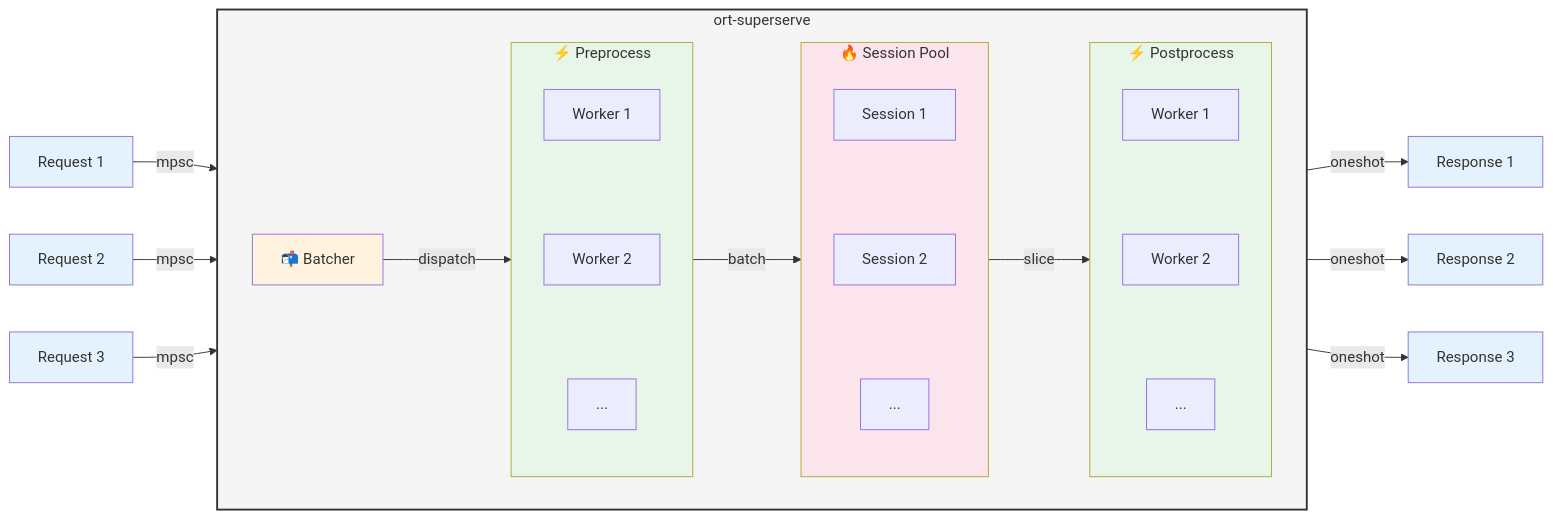
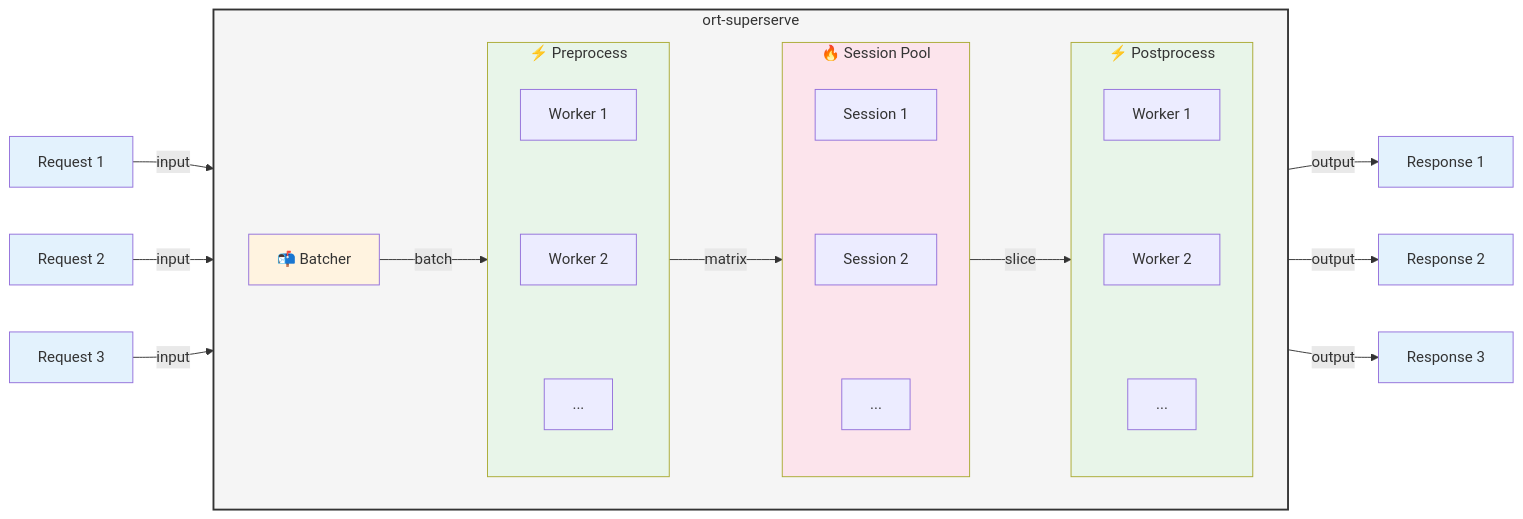
Before and after one commit to JiraPit/ort-superserve: the diagram in diagrams/flow.mmd, drawn with Mermaid. The commit also changed 1 other file, not shown here.

```diff
--- a/diagrams/flow.mmd
+++ b/diagrams/flow.mmd
@@ -1,49 +1,49 @@
 flowchart LR
-    R1["Request 1"] -->|"mpsc"| Batcher["📬 Batcher"]
-    R2["Request 2"] -->|"mpsc"| Batcher
-    R3["Request 3"] -->|"mpsc"| Batcher
+    R1["Request 1"] -->|"input"| Batcher["📬 Batcher"]
+    R2["Request 2"] -->|"input"| Batcher
+    R3["Request 3"] -->|"input"| Batcher
     
     subgraph INSIDE["ort-superserve"]
         direction LR
         
         subgraph P["⚡ Preprocess"]
             P1["Worker 1"]
             P2["Worker 2"]
             P3["..."]
             P1 ~~~ P2 ~~~ P3
         end
         
         subgraph S["🔥 Session Pool"]
             S1["Session 1"]
             S2["Session 2"]
             S3["..."]
             S1 ~~~ S2 ~~~ S3
         end
         
         subgraph PP["⚡ Postprocess"]
             PP1["Worker 1"]
             PP2["Worker 2"]
             PP3["..."]
             PP1 ~~~ PP2 ~~~ PP3
         end
         
-        Batcher -->|"dispatch"| P
-        P -->|"batch"| S
+        Batcher -->|"batch"| P
+        P -->|"matrix"| S
         S -->|"slice"| PP
     end
     
-    PP -->|"oneshot"| O1["Response 1"]
-    PP -->|"oneshot"| O2["Response 2"]
-    PP -->|"oneshot"| O3["Response 3"]
+    PP -->|"output"| O1["Response 1"]
+    PP -->|"output"| O2["Response 2"]
+    PP -->|"output"| O3["Response 3"]
     
     style INSIDE fill:#f5f5f5,stroke:#333,stroke-width:2px
     style Batcher fill:#fff3e0
     style P fill:#e8f5e9
     style S fill:#fce4ec
     style PP fill:#e8f5e9
     style R1 fill:#e3f2fd
     style R2 fill:#e3f2fd
     style R3 fill:#e3f2fd
     style O1 fill:#e3f2fd
     style O2 fill:#e3f2fd
     style O3 fill:#e3f2fd
```
